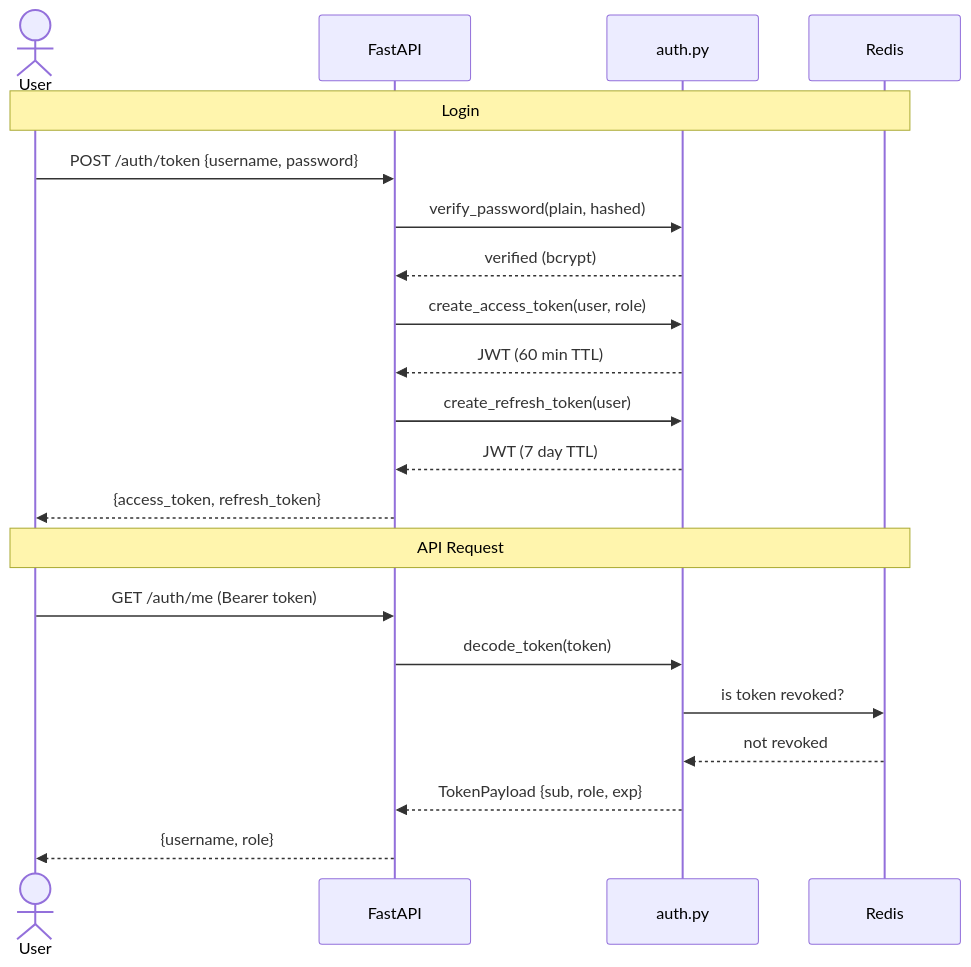
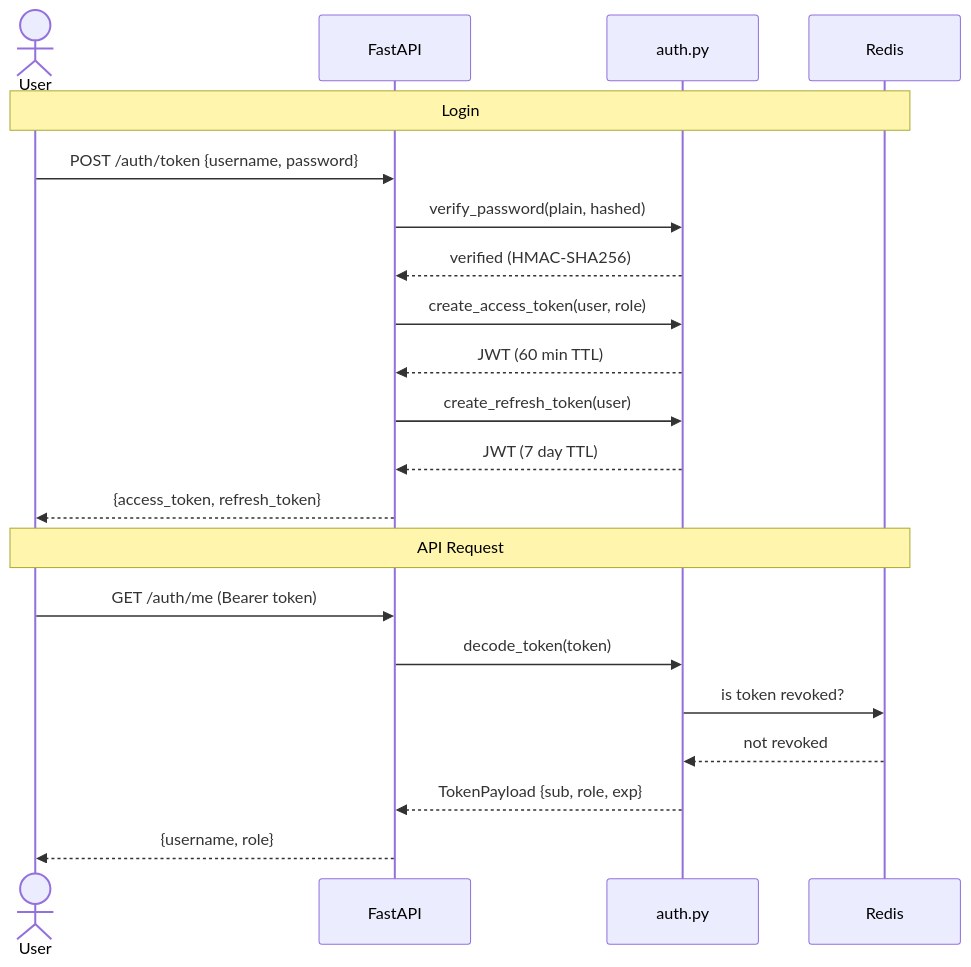
The second of 5 diagrams in docs/SECURITY.md (Anteneh-T-Tessema/legalairag), drawn with Mermaid before and after one commit. The commit also changed other lines of this file and 16 other files, not shown here.

````diff
--- a/docs/SECURITY.md
+++ b/docs/SECURITY.md
@@ -66,25 +66,25 @@
 ```mermaid
 sequenceDiagram
     actor User
     participant API as FastAPI
     participant Auth as auth.py
     participant Redis as Redis
 
     Note over User,Redis: Login
     User->>API: POST /auth/token {username, password}
     API->>Auth: verify_password(plain, hashed)
-    Auth-->>API: verified (bcrypt)
+    Auth-->>API: verified (HMAC-SHA256)
     API->>Auth: create_access_token(user, role)
     Auth-->>API: JWT (60 min TTL)
     API->>Auth: create_refresh_token(user)
     Auth-->>API: JWT (7 day TTL)
     API-->>User: {access_token, refresh_token}
 
     Note over User,Redis: API Request
     User->>API: GET /auth/me (Bearer token)
     API->>Auth: decode_token(token)
     Auth->>Redis: is token revoked?
     Redis-->>Auth: not revoked
     Auth-->>API: TokenPayload {sub, role, exp}
     API-->>User: {username, role}
 ```
````
